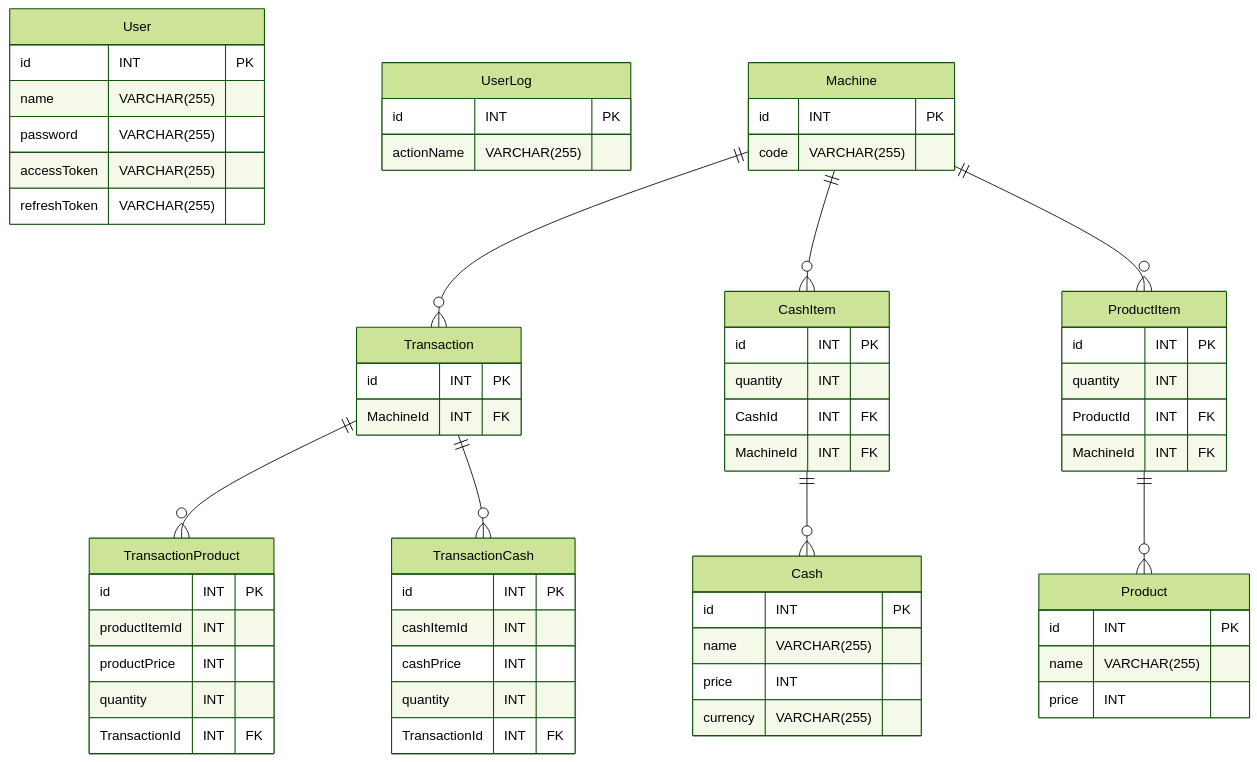
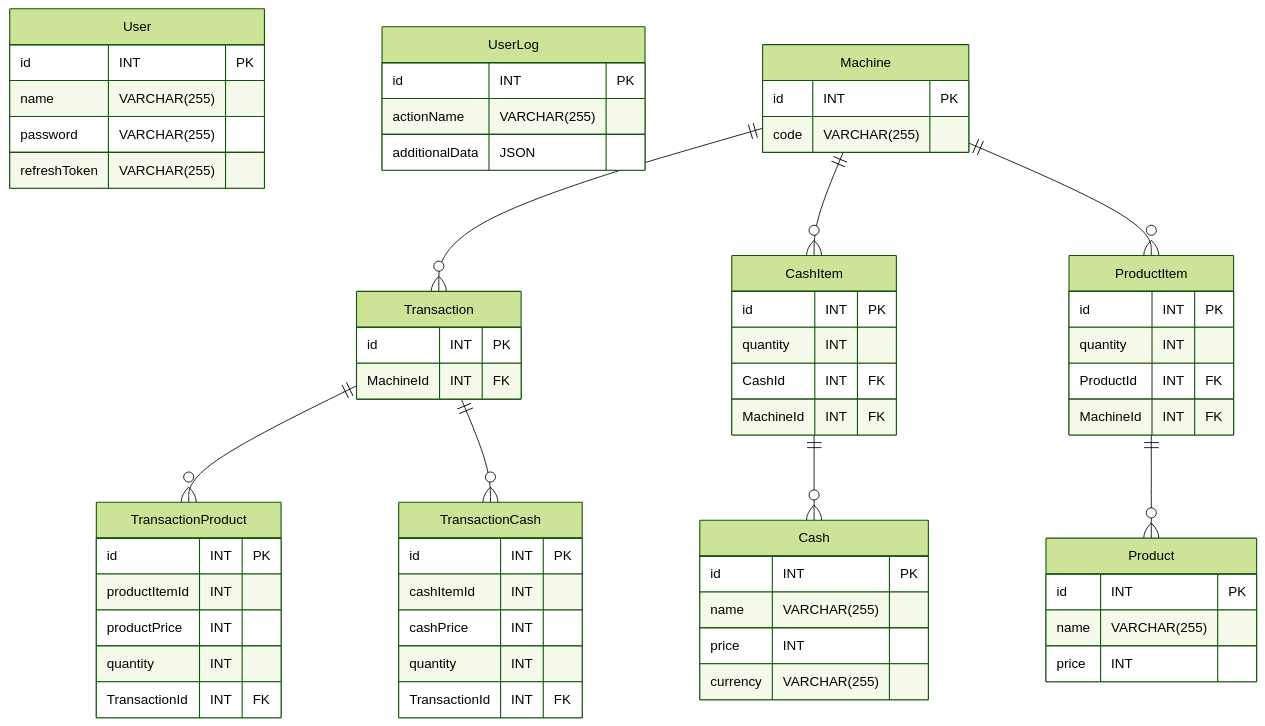
The diagram in designs/database.md (Sahapat/vending-machine-assignment), drawn with Mermaid (forest theme) before and after one commit. The commit also changed 54 other files, not shown here.

````diff
--- a/designs/database.md
+++ b/designs/database.md
@@ -1,69 +1,69 @@
 ```mermaid
 erDiagram
   User {
     id INT PK
     name VARCHAR(255)
     password VARCHAR(255)
-    accessToken VARCHAR(255)
     refreshToken VARCHAR(255)
   }
 
   UserLog {
     id INT PK
     actionName VARCHAR(255)
+    additionalData JSON
   }
   
   Machine {
     id INT PK
     code VARCHAR(255)
   }
   Cash {
     id INT PK
     name VARCHAR(255)
     price INT
     currency VARCHAR(255)
   }
   CashItem {
     id INT PK
     quantity INT
     CashId INT FK
     MachineId INT FK
   }
   Product {
     id INT PK
     name VARCHAR(255)
     price INT
   }
   ProductItem {
     id INT PK
     quantity INT
     ProductId INT FK
     MachineId INT FK
   }
   Transaction {
     id INT PK
     MachineId INT FK
   }
   TransactionProduct {
     id INT PK
     productItemId INT
     productPrice INT
     quantity INT
     TransactionId INT FK
   }
   TransactionCash {
     id INT PK
     cashItemId INT
     cashPrice INT
     quantity INT
     TransactionId INT FK
   }
 
   Machine ||--o{ Transaction : ""
   Machine ||--o{ CashItem : ""
   Machine ||--o{ ProductItem : ""
   Transaction ||--o{ TransactionProduct : ""
   Transaction ||--o{ TransactionCash : ""
   CashItem ||--o{ Cash : ""
   ProductItem ||--o{ Product : ""
 ```
````
